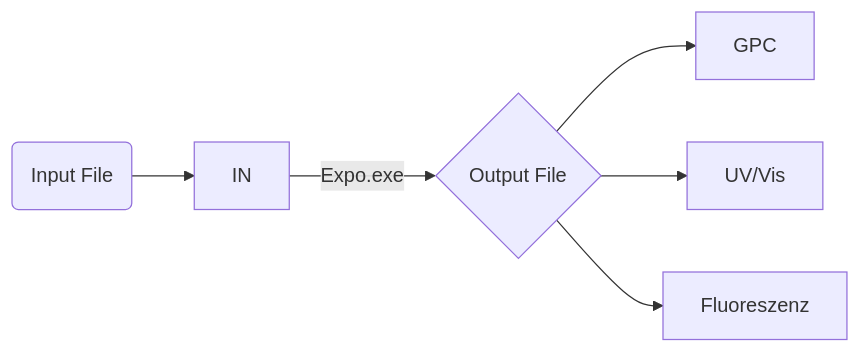
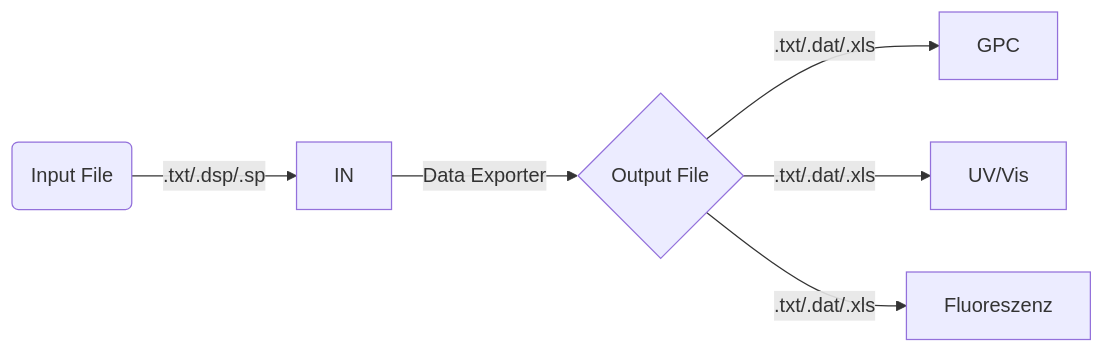
One commit to LucasRothe/Expo changed the diagram in README.md. Above: the diagram before and after it, drawn with Mermaid.

Commit message:
New Flow Chart

````diff
--- a/README.md
+++ b/README.md
@@ -89,8 +89,8 @@
 ```mermaid
 graph LR;
-    A(Input File)-->B[IN];
-    B-->|Expo.exe| C{Output File};
-    C-->D[GPC];
-    C-->E[UV/Vis];
-    C-->F[Fluoreszenz];
+    A(Input File)-->|.txt/.dsp/.sp| B[IN];
+    B-->|Data Exporter| C{Output File};
+    C-->|.txt/.dat/.xls| D[GPC];
+    C-->|.txt/.dat/.xls|E[UV/Vis];
+    C-->|.txt/.dat/.xls|F[Fluoreszenz];
 ```
````
